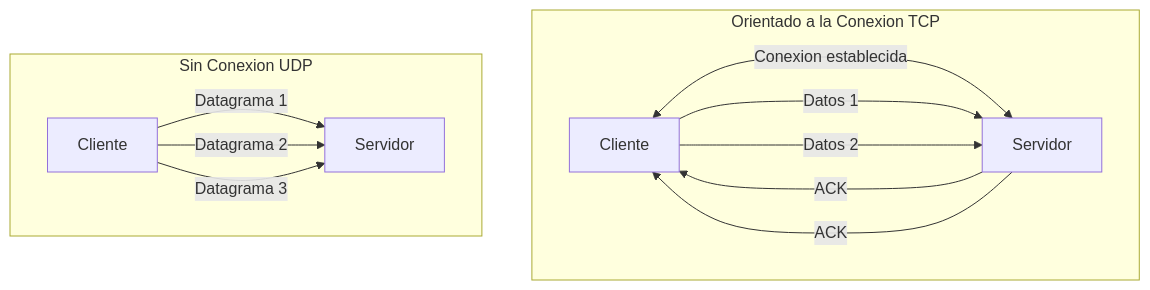
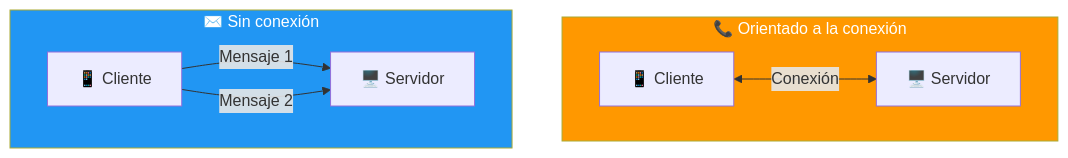
Before and after one commit to joseluisgs/DesarrolloWebEntornosServidor-02-2026-2027: the second of 7 diagrams in 01-conceptos-servicios.md, drawn with Mermaid. The commit also changed other lines of this file, not shown here.

````diff
--- a/01-conceptos-servicios.md
+++ b/01-conceptos-servicios.md
@@ -131,16 +77,12 @@
 ```mermaid
 flowchart TD
-    subgraph "Orientado a la Conexion TCP"
-        A1[Cliente] <--->|Conexion establecida| B1[Servidor]
-        A1 -->|Datos 1| B1
-        B1 -->|ACK| A1
-        A1 -->|Datos 2| B1
-        B1 -->|ACK| A1
+    subgraph CONEXION["📞 Orientado a la conexión"]
+        A1["📱 Cliente"] <-->|Conexión| B1["🖥️ Servidor"]
     end
-    
-    subgraph "Sin Conexion UDP"
-        A2[Cliente] -->|Datagrama 1| B2[Servidor]
-        A2 -->|Datagrama 2| B2
-        A2 -->|Datagrama 3| B2
+    subgraph SINCONEXION["✉️ Sin conexión"]
+        A2["📱 Cliente"] -->|Mensaje 1| B2["🖥️ Servidor"]
+        A2 -->|Mensaje 2| B2
     end
+    style CONEXION fill:#FF9800,color:#fff
+    style SINCONEXION fill:#2196F3,color:#fff
 ```
````
